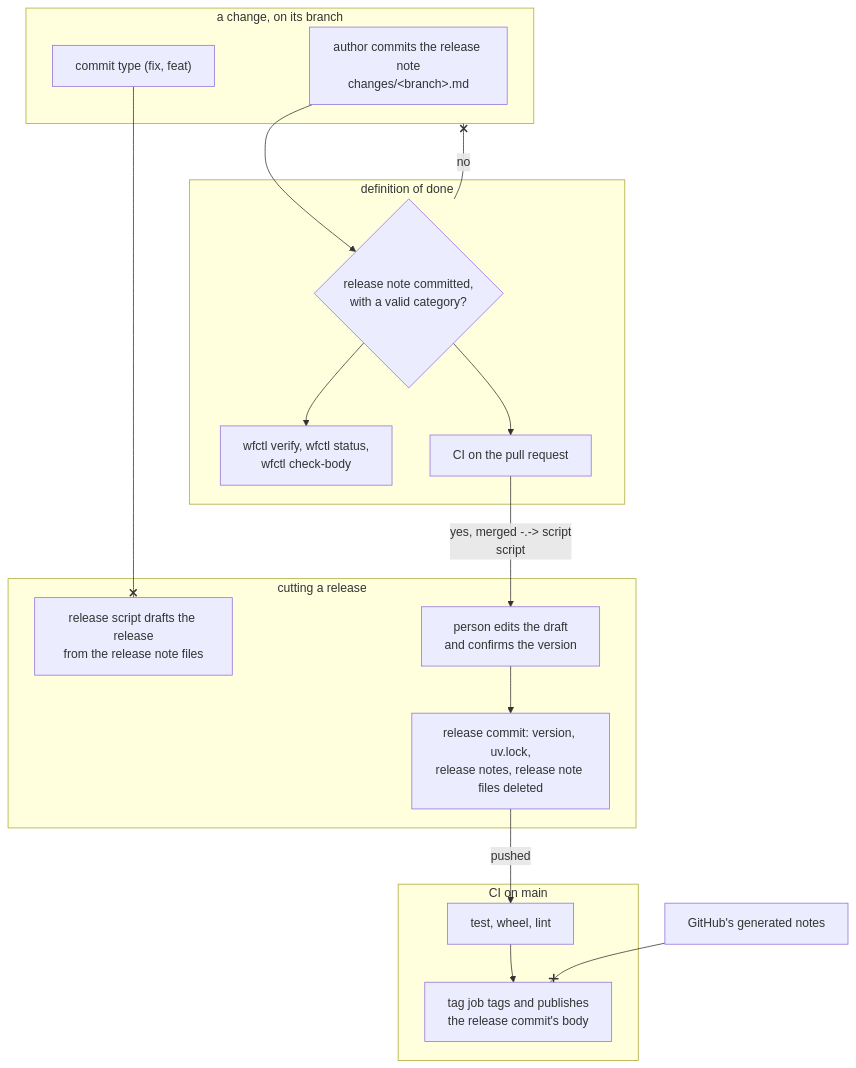
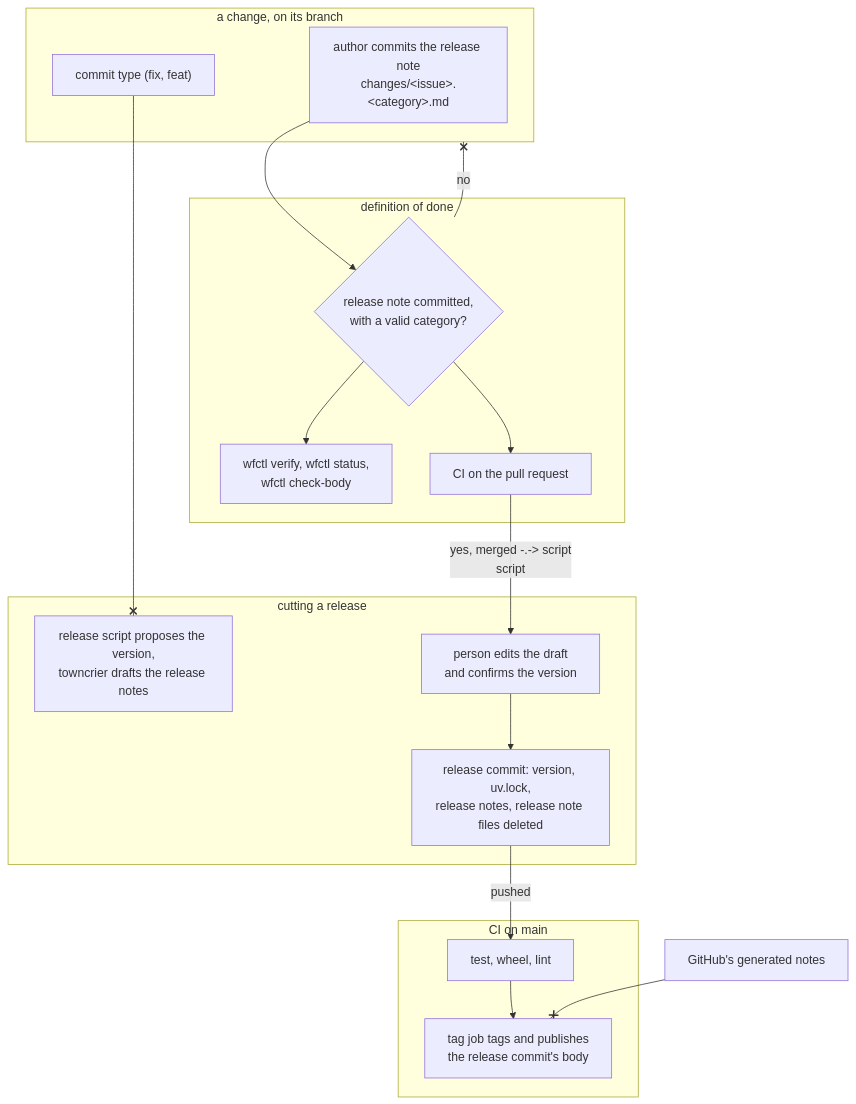
Before and after one commit to aamarin/wfctl: the diagram in docs/architecture/change-carries-release-note.md, drawn with Mermaid. The commit also changed other lines of this file, not shown here.

First line of the commit message:
docs(architecture): name the release note for its issue, in towncrier's layout (#571)

````diff
--- a/docs/architecture/change-carries-release-note.md
+++ b/docs/architecture/change-carries-release-note.md
@@ -161,30 +163,30 @@
 ```mermaid
 flowchart TB
   subgraph change["a change, on its branch"]
-    author["author commits the release note<br/>changes/&lt;branch&gt;.md"]
+    author["author commits the release note<br/>changes/&lt;issue&gt;.&lt;category&gt;.md"]
     type["commit type (fix, feat)"]
   end
   subgraph done["definition of done"]
     verify{"release note committed,<br/>with a valid category?"}
     local["wfctl verify, wfctl status,<br/>wfctl check-body"]
     ci["CI on the pull request"]
   end
   subgraph cut["cutting a release"]
-    script["release script drafts the release<br/>from the release note files"]
+    script["release script proposes the version,<br/>towncrier drafts the release notes"]
     person["person edits the draft<br/>and confirms the version"]
     commit["release commit: version, uv.lock,<br/>release notes, release note files deleted"]
   end
   subgraph main["CI on main"]
     tests["test, wheel, lint"]
     tag["tag job tags and publishes<br/>the release commit's body"]
   end
   author --> verify
   verify --> local
   verify --> ci
   verify -- "no" --x change
   ci -- "yes, merged" -.-> script
   script --> person --> commit
   commit -- "pushed" --> tests --> tag
   type --x script
   generated["GitHub's generated notes"] --x tag
 ```
````
